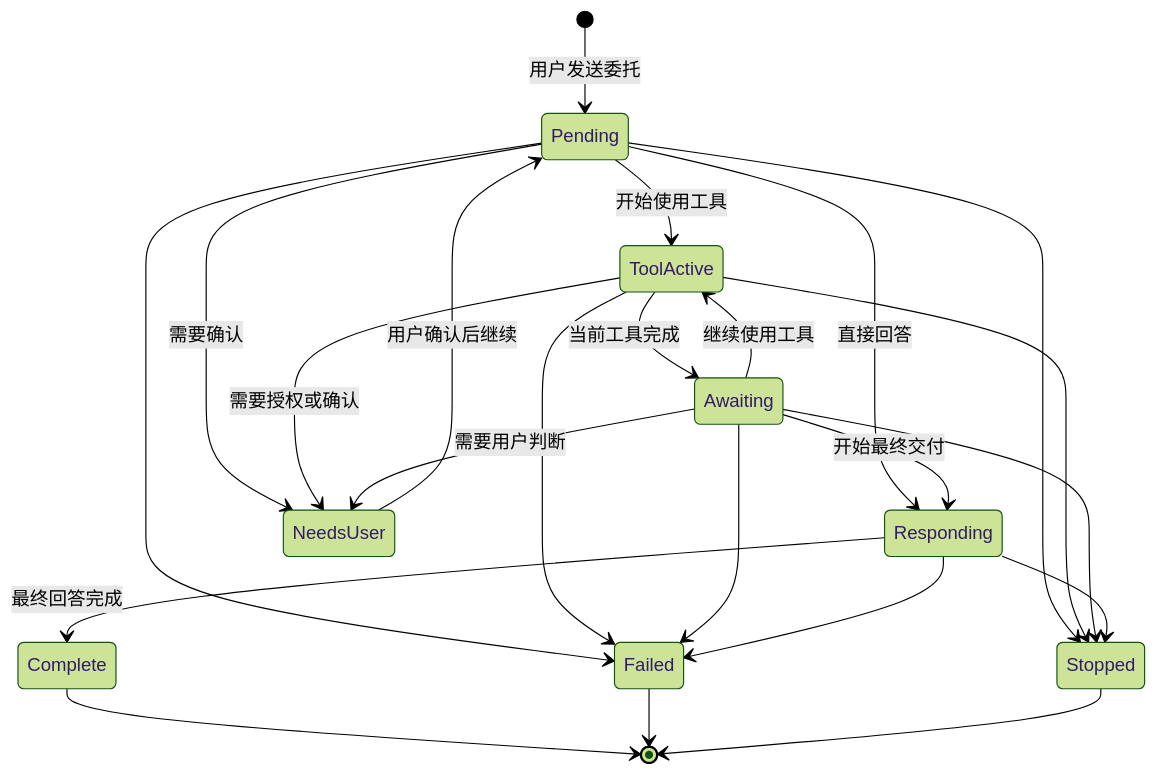
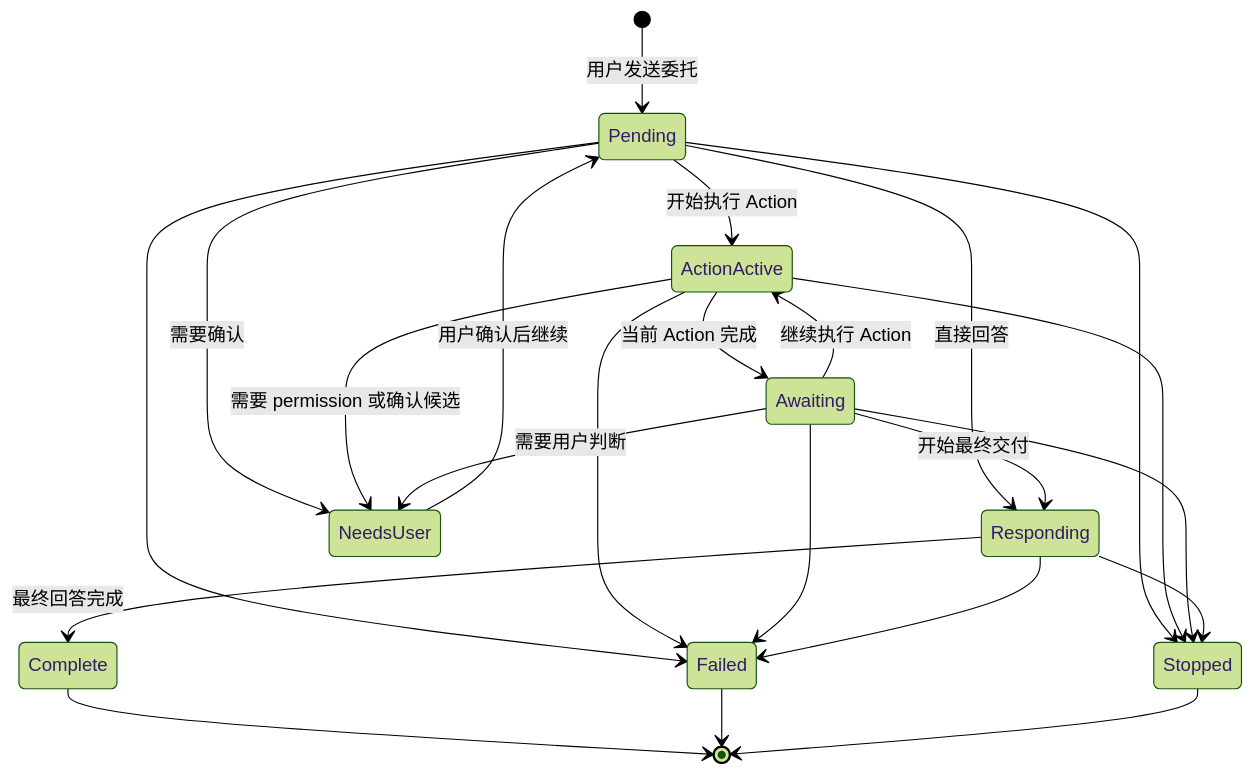
One commit to Floribunda1/reflecta changed the fifth of 5 diagrams in docs/iterations/v1.2.6/craft-agents-agent-chat-experience-research.md. Above: the diagram before and after it, drawn with Mermaid (forest theme). The commit also changed other lines of this file and 1 other file, not shown here.

Commit message:
docs(agent): redesign tool action experience

````diff
--- a/docs/iterations/v1.2.6/craft-agents-agent-chat-experience-research.md
+++ b/docs/iterations/v1.2.6/craft-agents-agent-chat-experience-research.md
@@ -783,25 +1055,25 @@
 ```mermaid
 stateDiagram-v2
   [*] --> Pending: 用户发送委托
-  Pending --> ToolActive: 开始使用工具
+  Pending --> ActionActive: 开始执行 Action
   Pending --> Responding: 直接回答
-  ToolActive --> Awaiting: 当前工具完成
-  Awaiting --> ToolActive: 继续使用工具
+  ActionActive --> Awaiting: 当前 Action 完成
+  Awaiting --> ActionActive: 继续执行 Action
   Awaiting --> Responding: 开始最终交付
   Pending --> NeedsUser: 需要确认
-  ToolActive --> NeedsUser: 需要授权或确认
+  ActionActive --> NeedsUser: 需要 permission 或确认候选
   Awaiting --> NeedsUser: 需要用户判断
   NeedsUser --> Pending: 用户确认后继续
   Responding --> Complete: 最终回答完成
   Pending --> Failed
-  ToolActive --> Failed
+  ActionActive --> Failed
   Awaiting --> Failed
   Responding --> Failed
   Pending --> Stopped
-  ToolActive --> Stopped
+  ActionActive --> Stopped
   Awaiting --> Stopped
   Responding --> Stopped
   Complete --> [*]
   Failed --> [*]
   Stopped --> [*]
 ```
````
